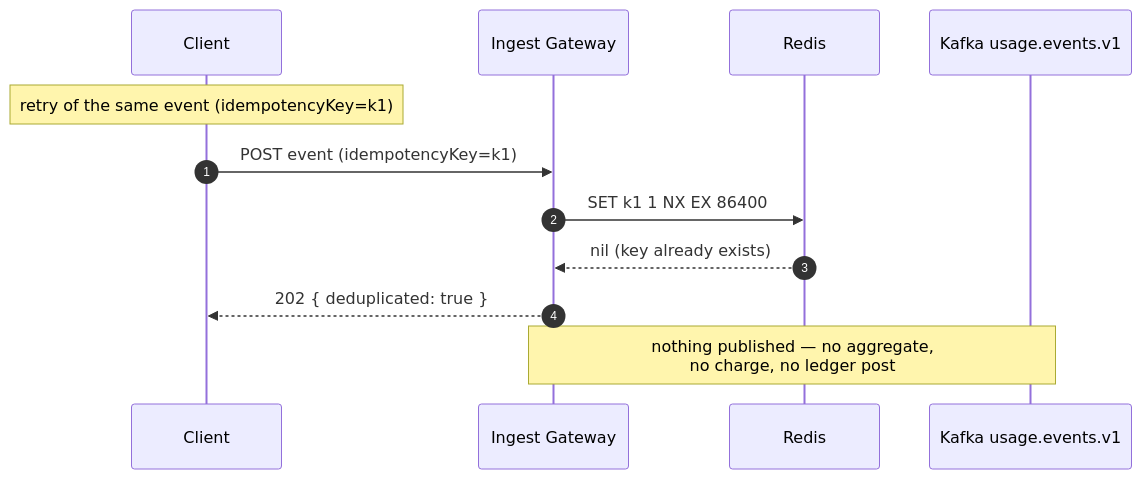
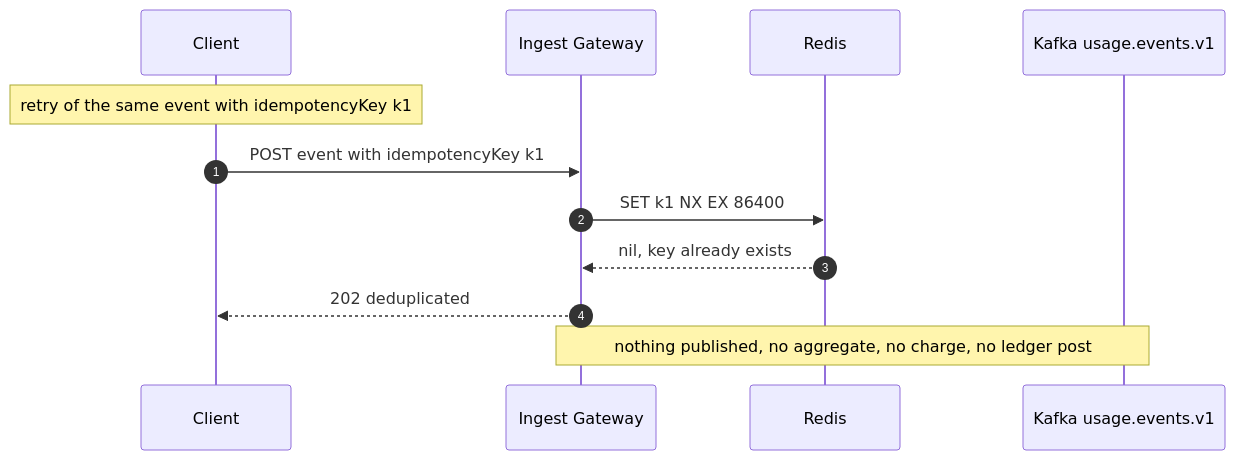
The third of 3 diagrams in docs/EXACTLY_ONCE.md (marciomarinho/quotient), drawn with Mermaid before and after one commit. The commit also changed other lines of this file and 4 other files, not shown here.

Commit message:
docs: fix Mermaid parse errors (quote labels, remove embedded arrows/@ from all diagrams)

````diff
--- a/docs/EXACTLY_ONCE.md
+++ b/docs/EXACTLY_ONCE.md
@@ -167,15 +167,15 @@
 ```mermaid
 sequenceDiagram
     autonumber
     participant C as Client
     participant GW as Ingest Gateway
     participant R as Redis
     participant KE as Kafka usage.events.v1
 
-    Note over C: retry of the same event (idempotencyKey=k1)
-    C->>GW: POST event (idempotencyKey=k1)
-    GW->>R: SET k1 1 NX EX 86400
-    R-->>GW: nil (key already exists)
-    GW-->>C: 202 { deduplicated: true }
-    Note over GW,KE: nothing published — no aggregate,<br/>no charge, no ledger post
+    Note over C: retry of the same event with idempotencyKey k1
+    C->>GW: POST event with idempotencyKey k1
+    GW->>R: SET k1 NX EX 86400
+    R-->>GW: nil, key already exists
+    GW-->>C: 202 deduplicated
+    Note over GW,KE: nothing published, no aggregate, no charge, no ledger post
 ```
````
